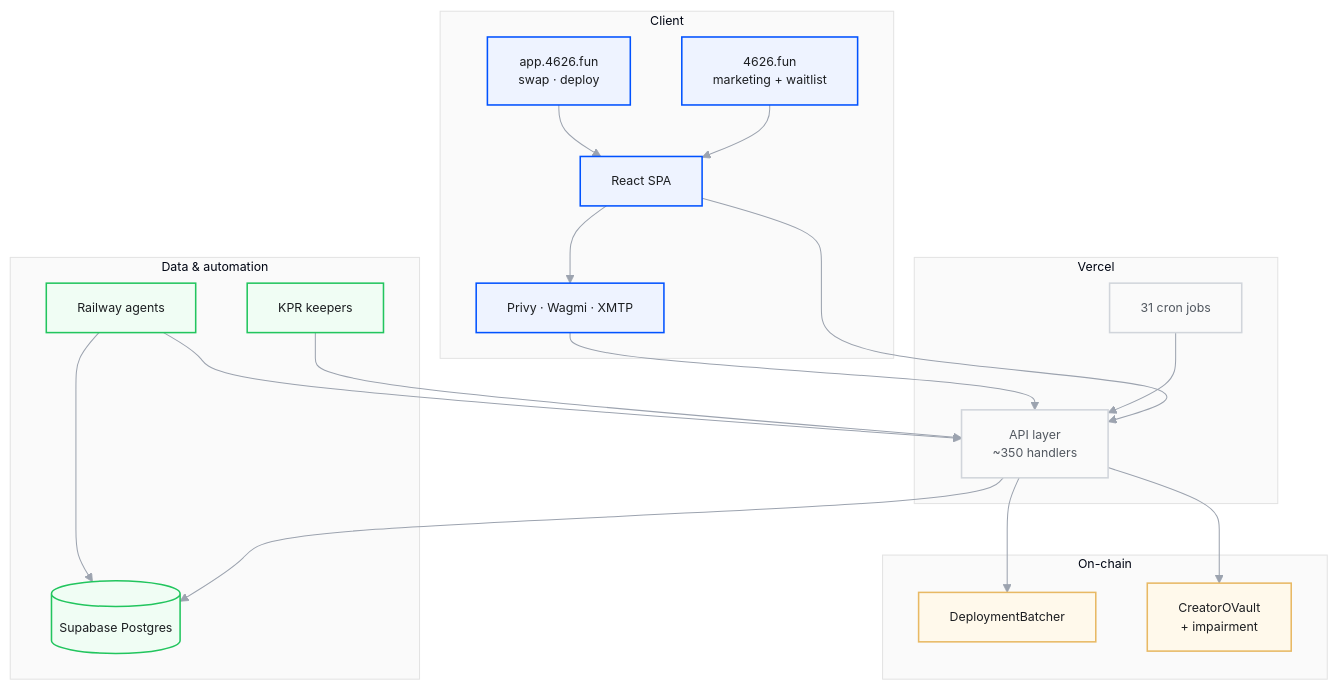
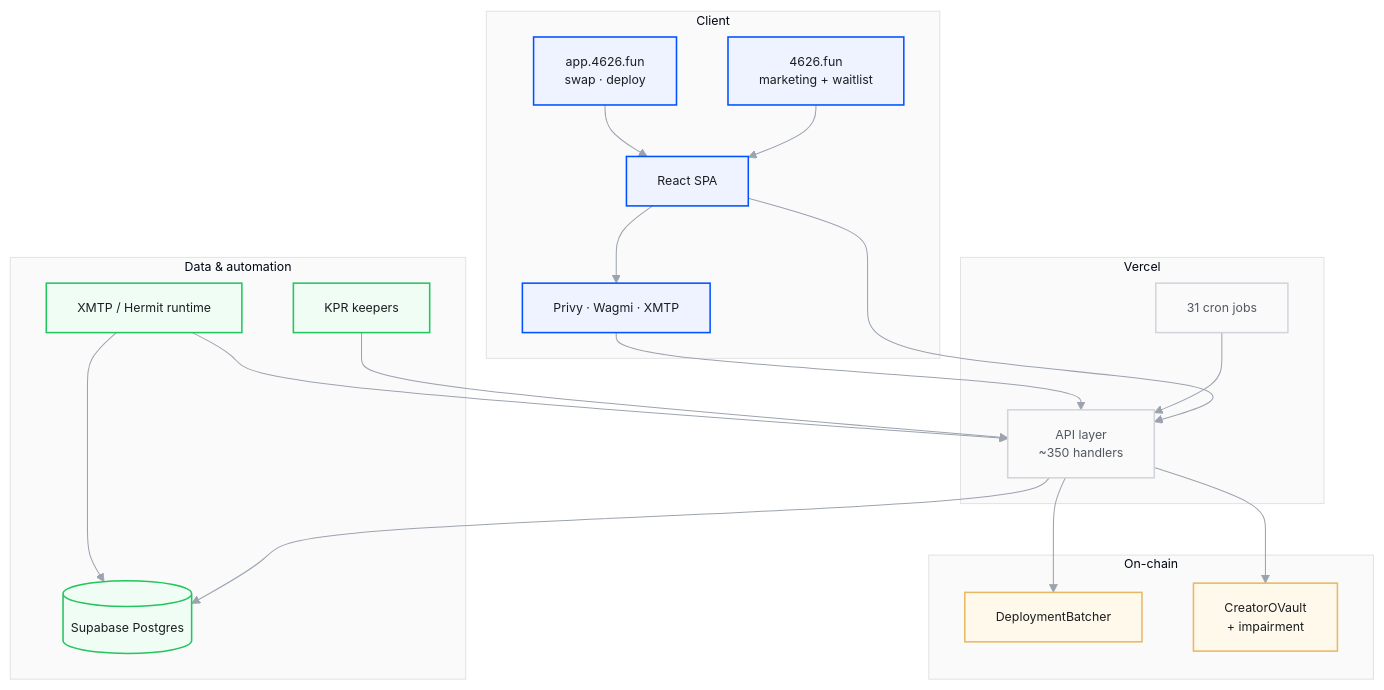
Before and after one commit to 4626fun/4626: the first of 2 diagrams in docs/audits/fable/full-repo-review-2026-06.md, drawn with Mermaid. The commit also changed other lines of this file and 105 other files, not shown here.

````diff
--- a/docs/audits/fable/full-repo-review-2026-06.md
+++ b/docs/audits/fable/full-repo-review-2026-06.md
@@ -108,63 +107,63 @@
 ```mermaid
 %%{init: {
   'theme': 'base',
   'themeVariables': {
     'fontFamily': 'Inter, system-ui, sans-serif',
     'fontSize': '12px',
     'primaryColor': '#eef3ff',
     'primaryTextColor': '#1c1e21',
     'primaryBorderColor': '#0052FF',
     'secondaryColor': '#f0fdf4',
     'tertiaryColor': '#fff9eb',
     'lineColor': '#9ca3af',
     'clusterBkg': '#fafafa',
     'clusterBorder': '#e3e3e3'
   }
 }}%%
 flowchart TB
   subgraph client [Client]
     MF["4626.fun<br/>marketing + waitlist"]
     APP["app.4626.fun<br/>swap · deploy"]
     MAIN["React SPA"]
     PRIVY["Privy · Wagmi · XMTP"]
   end
 
   subgraph vercel [Vercel]
     API["API layer<br/>~350 handlers"]
     CRON["31 cron jobs"]
   end
 
   subgraph data [Data & automation]
     PG[("Supabase Postgres")]
     KPR["KPR keepers"]
-    RAIL["Railway agents"]
+    RAIL["XMTP / Hermit runtime"]
   end
 
   subgraph chain [On-chain]
     BATCH["DeploymentBatcher"]
     VAULT["CreatorOVault<br/>+ impairment"]
   end
 
   MF --> MAIN
   APP --> MAIN
   MAIN --> PRIVY
   MAIN --> API
   API --> PG
   CRON --> API
   KPR --> API
   RAIL --> API
   RAIL --> PG
   API --> BATCH
   API --> VAULT
   PRIVY --> API
 
   classDef client fill:#eef3ff,stroke:#0052FF,stroke-width:1.5px,color:#1c1e21
   classDef platform fill:#fafafa,stroke:#d1d5db,stroke-width:1.5px,color:#525860
   classDef data fill:#f0fdf4,stroke:#22c55e,stroke-width:1.5px,color:#1c1e21
   classDef chain fill:#fff9eb,stroke:#E8B964,stroke-width:1.5px,color:#1c1e21
 
   class MF,APP,MAIN,PRIVY client
   class API,CRON platform
   class PG,KPR,RAIL data
   class BATCH,VAULT chain
 ```
````
